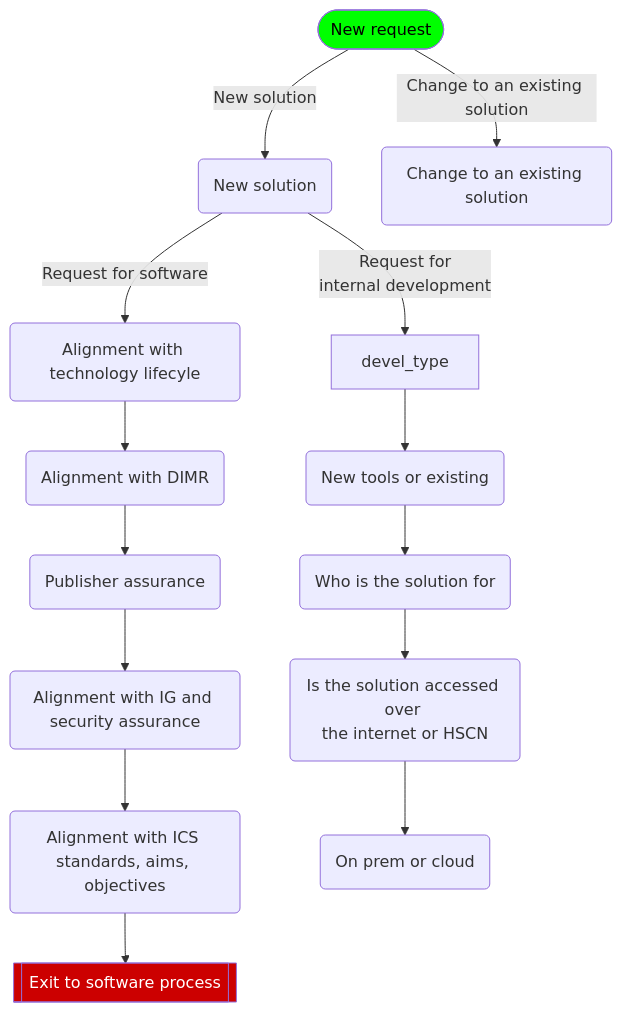
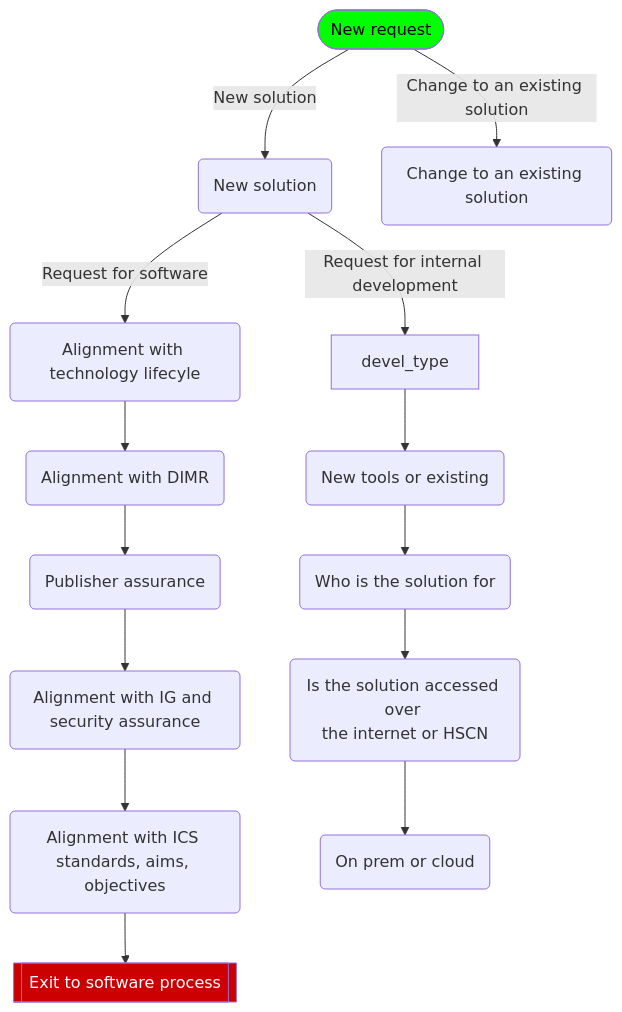
Before and after one commit to digitaldhc/solution-assurance: the diagram in Solution design group process.md, drawn with Mermaid. The commit also changed other lines of this file, not shown here.

````diff
--- a/Solution design group process.md
+++ b/Solution design group process.md
@@ -3,33 +5,33 @@
 ```mermaid
 
 graph TD;
 
 request -- New solution --> newsolution
 request -- Change to an existing solution --> existingsolution
 
 newsolution -- Request for software --> soft_lifecycle 
 soft_lifecycle --> soft_dimr --> soft_publisher --> soft_assurance --> soft_ics --> soft_exit
 
-newsolution -- Request for \ninternal development --> devel_type
+newsolution -- Request for internal development --> devel_type
 
 devel_type --> devel_tools --> devel_audience --> devel_access --> devel_prem
 
 request([New request])
 newsolution(New solution)
 existingsolution(Change to an existing solution)
 soft_dimr(Alignment with DIMR)
 soft_publisher(Publisher assurance)
 soft_lifecycle(Alignment with technology lifecyle)
 soft_assurance(Alignment with IG and security assurance)
 soft_ics(Alignment with ICS standards, aims, objectives)
 soft_exit[[Exit to software process]]
 
 devel_tools(New tools or existing)
 devel_prem(On prem or cloud)
 devel_audience(Who is the solution for)
 devel_access(Is the solution accessed over \nthe internet or HSCN)
 
 style request fill:#0f0,color:#000
 style soft_exit fill:#c00,color:#fff
 
 ```
````
